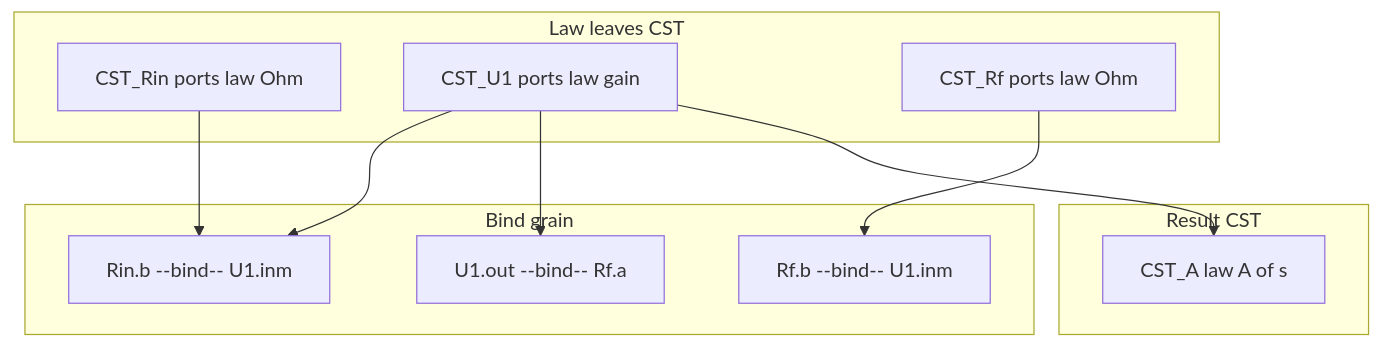
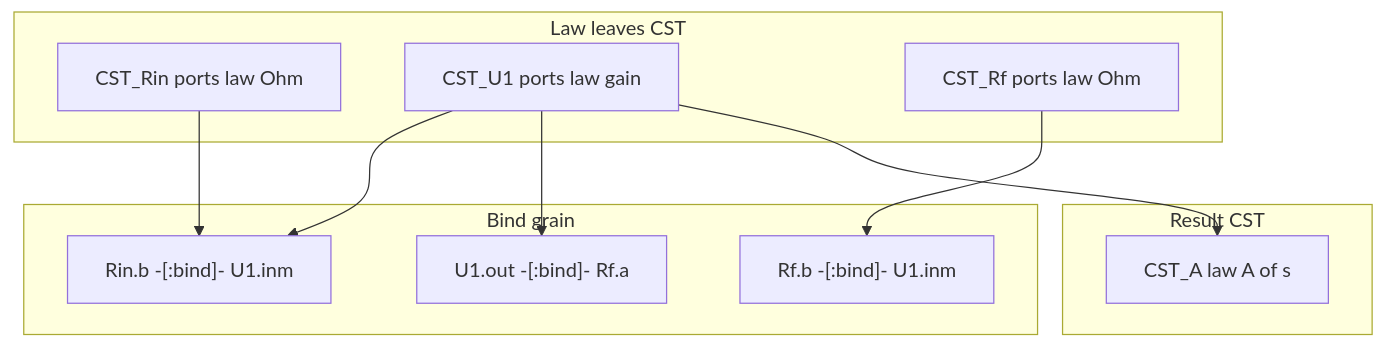
The diagram in docs/application-notes/llm-circuit-schematic.md (chouswei/MemNet), drawn with Mermaid before and after one commit. The commit also changed other lines of this file and 16 other files, not shown here.

````diff
--- a/docs/application-notes/llm-circuit-schematic.md
+++ b/docs/application-notes/llm-circuit-schematic.md
@@ -33,21 +33,21 @@
 ```mermaid
 flowchart TB
   subgraph devices [Law leaves CST]
     Rin[CST_Rin ports law Ohm]
     U1[CST_U1 ports law gain]
     Rf[CST_Rf ports law Ohm]
   end
   subgraph pipes [Bind grain]
-    B1["Rin.b --bind-- U1.inm"]
-    B2["Rf.b --bind-- U1.inm"]
-    B3["U1.out --bind-- Rf.a"]
+    B1["Rin.b -[:bind]- U1.inm"]
+    B2["Rf.b -[:bind]- U1.inm"]
+    B3["U1.out -[:bind]- Rf.a"]
   end
   subgraph result [Result CST]
     A[CST_A law A of s]
   end
   Rin --> B1
   U1 --> B1
   Rf --> B2
   U1 --> B3
   U1 --> A
 ```
````
